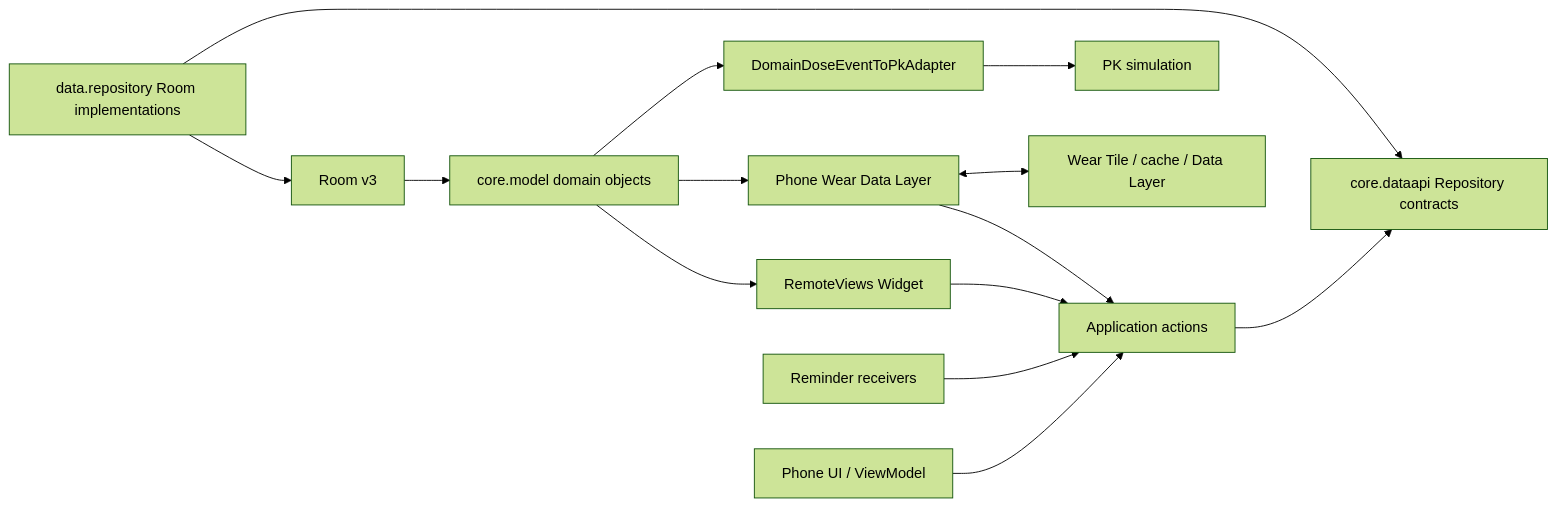
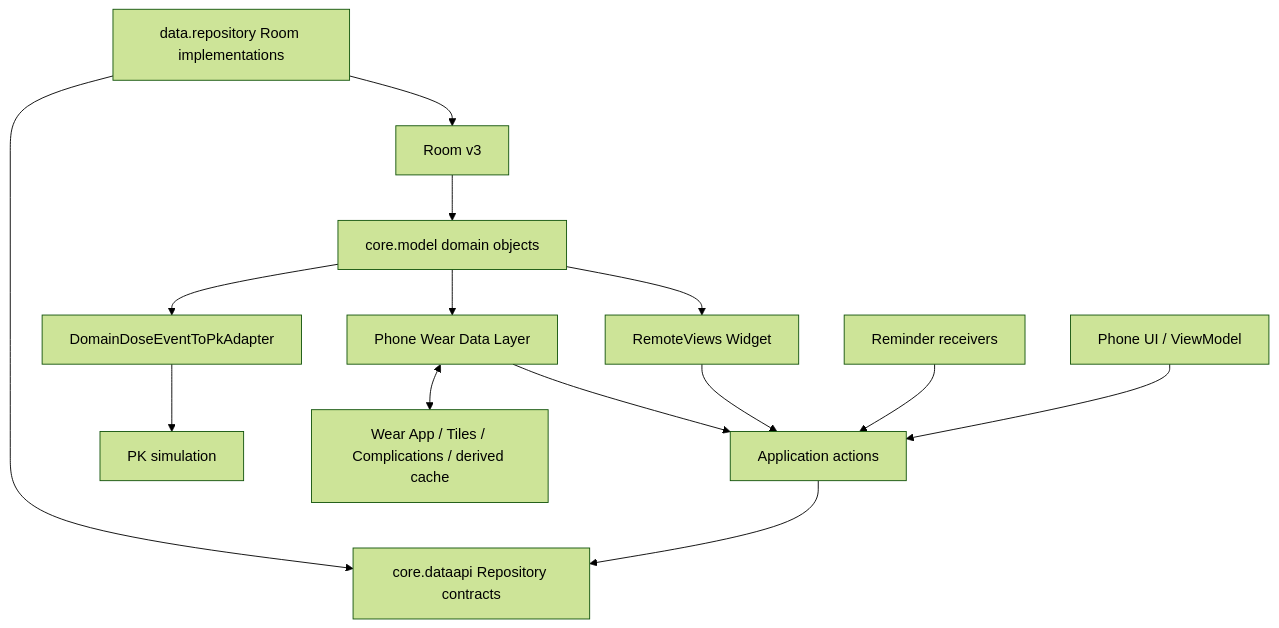
Before and after one commit to YingQiu0871/Evolune: the first of 2 diagrams in docs/evolune/ARCHITECTURE.md, drawn with Mermaid (forest theme). The commit also changed other lines of this file and 26 other files, not shown here.

````diff
--- a/docs/evolune/ARCHITECTURE.md
+++ b/docs/evolune/ARCHITECTURE.md
@@ -11,16 +11,16 @@
 ```mermaid
-flowchart LR
+flowchart TD
     PhoneUI["Phone UI / ViewModel"] --> Actions["Application actions"]
     Reminder["Reminder receivers"] --> Actions
     Widget["RemoteViews Widget"] --> Actions
     WearBridge["Phone Wear Data Layer"] --> Actions
     Actions --> DataAPI["core.dataapi Repository contracts"]
     RoomRepo["data.repository Room implementations"] --> DataAPI
     RoomRepo --> Room["Room v3"]
     Room --> Domain["core.model domain objects"]
     Domain --> PkAdapter["DomainDoseEventToPkAdapter"]
     PkAdapter --> PK["PK simulation"]
     Domain --> Widget
     Domain --> WearBridge
-    WearBridge <--> Wear["Wear Tile / cache / Data Layer"]
+    WearBridge <--> Wear["Wear App / Tiles / Complications / derived cache"]
 ```
````
